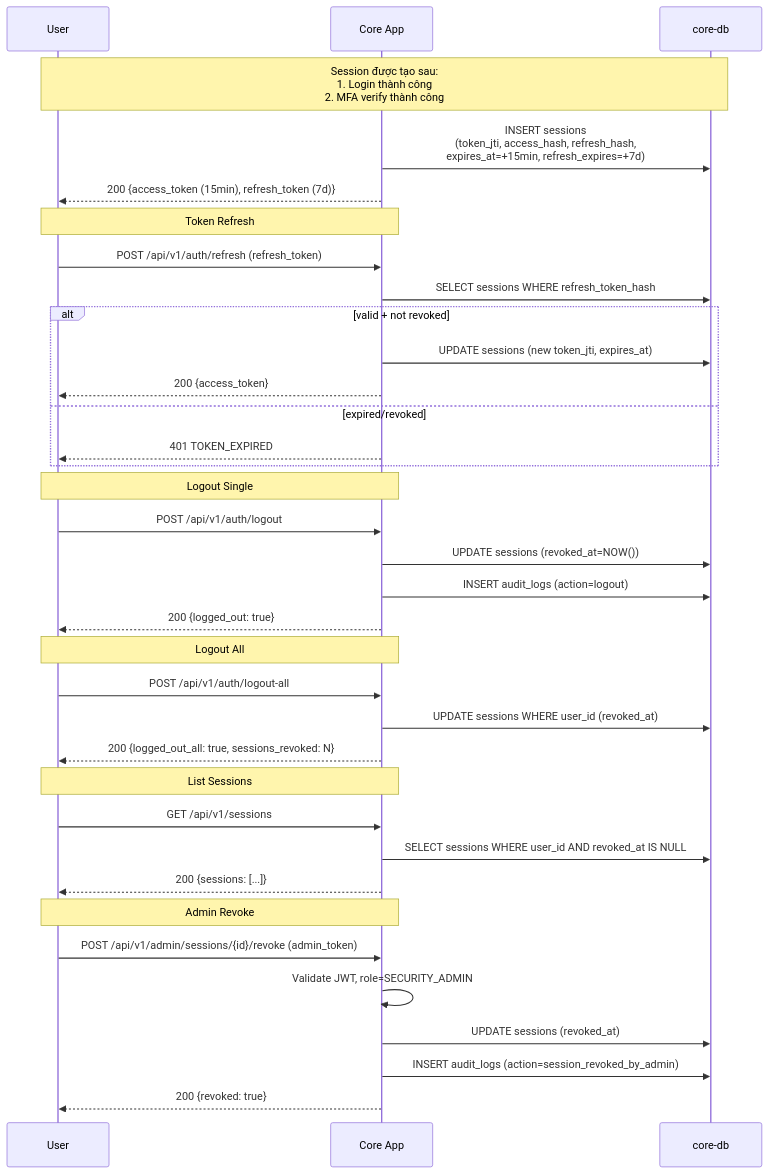
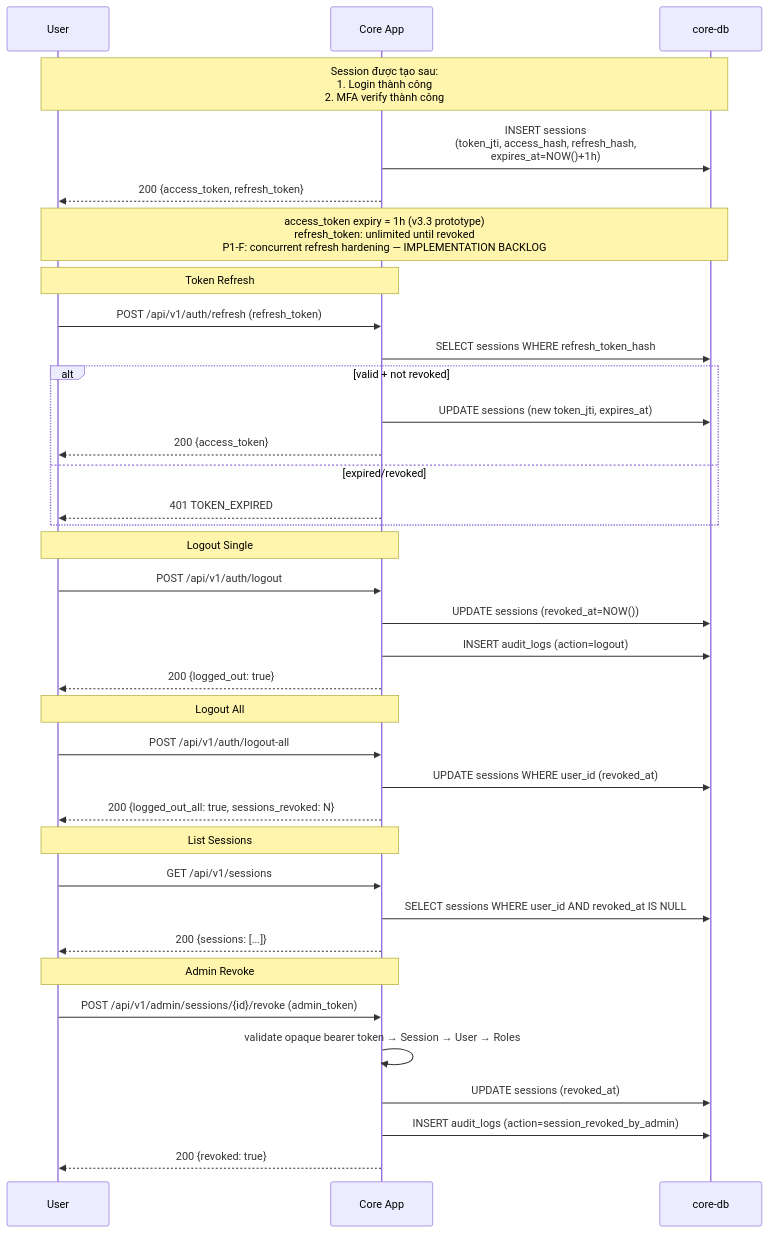
Before and after one commit to Albert-Tuan/sentinel-auth: the sixth of 7 diagrams in docs/workflows.mmd, drawn with Mermaid. The commit also changed other lines of this file and 12 other files, not shown here.

Commit message:
docs(diagrams): reconcile v3.3 UML and workflows

````diff
--- a/docs/workflows.mmd
+++ b/docs/workflows.mmd
@@ -269,44 +269,45 @@
 ```mermaid
 sequenceDiagram
     participant U as User
     participant CA as Core App
     participant CDB as core-db
 
     Note over U,CDB: Session được tạo sau:<br/>1. Login thành công<br/>2. MFA verify thành công
 
-    CA->>CDB: INSERT sessions<br/>(token_jti, access_hash, refresh_hash,<br/>expires_at=+15min, refresh_expires=+7d)
-    CA-->>U: 200 {access_token (15min), refresh_token (7d)}
+    CA->>CDB: INSERT sessions<br/>(token_jti, access_hash, refresh_hash,<br/>expires_at=NOW()+1h)
+    CA-->>U: 200 {access_token, refresh_token}
+    Note over U,CDB: access_token expiry = 1h (v3.3 prototype)<br/>refresh_token: unlimited until revoked<br/>P1-F: concurrent refresh hardening — IMPLEMENTATION BACKLOG
 
     Note over U,CA: Token Refresh
     U->>CA: POST /api/v1/auth/refresh (refresh_token)
     CA->>CDB: SELECT sessions WHERE refresh_token_hash
     alt valid + not revoked
         CA->>CDB: UPDATE sessions (new token_jti, expires_at)
         CA-->>U: 200 {access_token}
     else expired/revoked
         CA-->>U: 401 TOKEN_EXPIRED
     end
 
     Note over U,CA: Logout Single
     U->>CA: POST /api/v1/auth/logout
     CA->>CDB: UPDATE sessions (revoked_at=NOW())
     CA->>CDB: INSERT audit_logs (action=logout)
     CA-->>U: 200 {logged_out: true}
 
     Note over U,CA: Logout All
     U->>CA: POST /api/v1/auth/logout-all
     CA->>CDB: UPDATE sessions WHERE user_id (revoked_at)
     CA-->>U: 200 {logged_out_all: true, sessions_revoked: N}
 
     Note over U,CA: List Sessions
     U->>CA: GET /api/v1/sessions
     CA->>CDB: SELECT sessions WHERE user_id AND revoked_at IS NULL
     CA-->>U: 200 {sessions: [...]}
 
     Note over U,CA: Admin Revoke
     U->>CA: POST /api/v1/admin/sessions/{id}/revoke (admin_token)
-    CA->>CA: Validate JWT, role=SECURITY_ADMIN
+    CA->>CA: validate opaque bearer token → Session → User → Roles
     CA->>CDB: UPDATE sessions (revoked_at)
     CA->>CDB: INSERT audit_logs (action=session_revoked_by_admin)
     CA-->>U: 200 {revoked: true}
 ```
````
